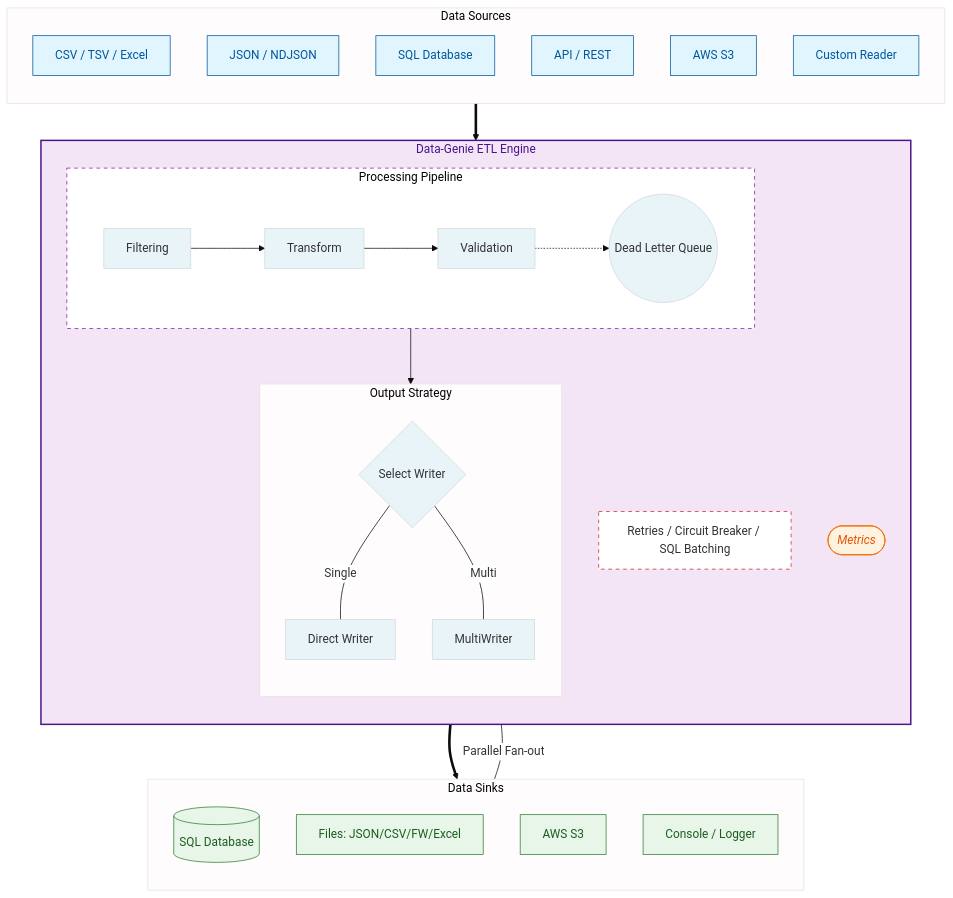
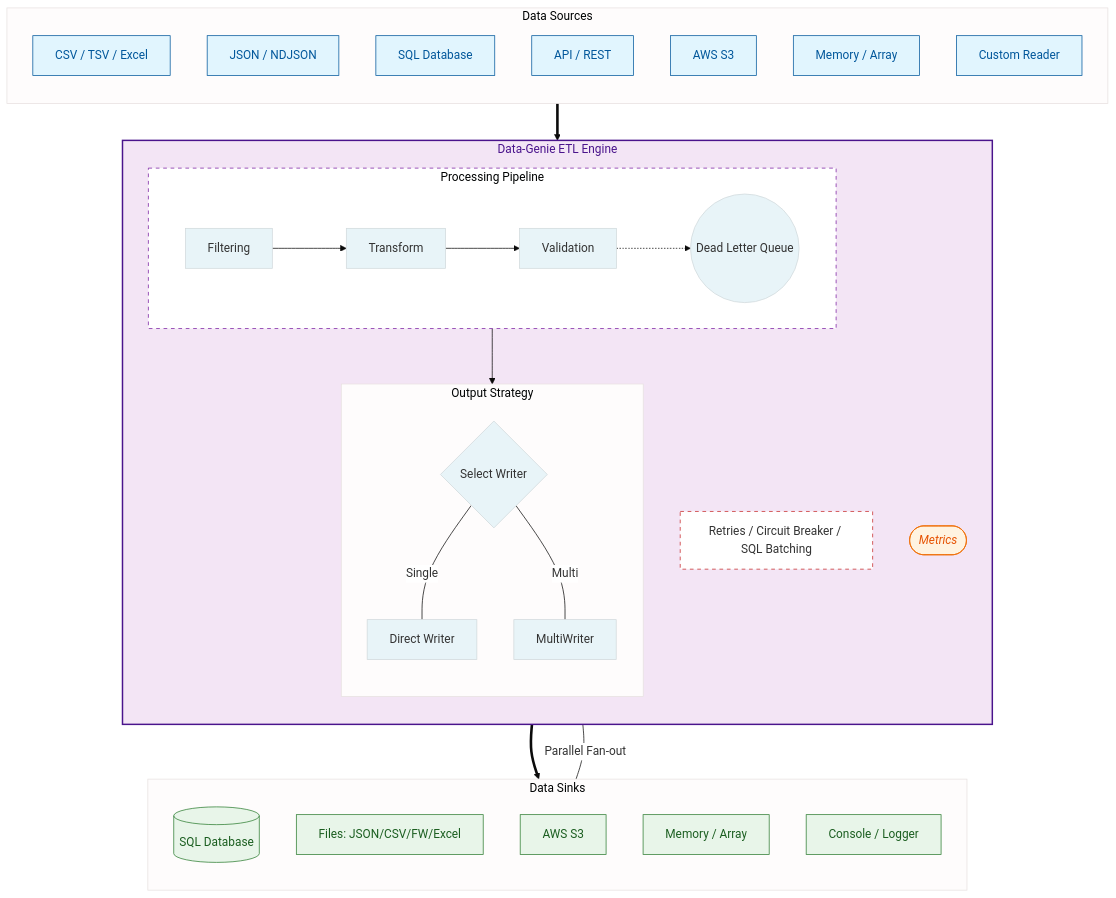
Before and after one commit to pujansrt/data-genie: the diagram in README.md, drawn with Mermaid. The commit also changed other lines of this file and 3 other files, not shown here.

Commit message:
Memory reader and writer for debugging and testing purpose

````diff
--- a/README.md
+++ b/README.md
@@ -12,64 +12,66 @@
 ```mermaid
 %%{init: { 'theme': 'base', 'themeVariables': { 'primaryColor': '#E8F4F8', 'actorBkg': '#D2E4F9', 'edgeLabelBackground':'#ffffff', 'noteBkgColor': '#FDF2D4', 'noteBorderColor': '#F1C40F'}}}%%
 
 graph TD
     %% Data Sources
     subgraph Inputs [Data Sources]
         direction TB
         I1[CSV / TSV / Excel]
         I2[JSON / NDJSON]
         I3[SQL Database]
         I4[API / REST]
         I5[AWS S3]
-        I6[Custom Reader]
+        I6[Memory / Array]
+        I7[Custom Reader]
     end
 
     %% The Engine Core
     subgraph Core [Data-Genie ETL Engine]
         direction TB
         
         subgraph Pipeline [Processing Pipeline]
             direction LR
             F[Filtering] --> T[Transform]
             T --> V[Validation]
             V -.-> DLQ((Dead Letter Queue))
         end
 
         subgraph OutputDist [Output Strategy]
             direction TB
             V --> Choice{Select Writer}
             Choice -- Single --- DW[Direct Writer]
             Choice -- Multi --- MW[MultiWriter]
         end
 
         Reliability[Retries / Circuit Breaker / SQL Batching]
         Metrics([Metrics])
     end
 
     %% Data Sinks
     subgraph Outputs [Data Sinks]
         direction TB
         O1[(SQL Database)]
         O2[Files: JSON/CSV/FW/Excel]
         O3[AWS S3]
-        O4[Console / Logger]
+        O4[Memory / Array]
+        O5[Console / Logger]
     end
 
     %% Main Flow
     Inputs ==> Core
     DW ==> Outputs
     MW -- Parallel Fan-out --- Outputs
 
     %% Color Theme & Styling
     style Core fill:#f3e5f5,stroke:#4a148c,stroke-width:2px,color:#4a148c
     style Pipeline fill:#ffffff,stroke:#7b1fa2,stroke-dasharray: 5 5
     style Reliability fill:#ffffff,stroke:#c62828,stroke-dasharray: 5 5
     
     classDef source fill:#e1f5fe,stroke:#01579b,color:#01579b
     classDef sink fill:#e8f5e9,stroke:#2e7d32,color:#1b5e20
     classDef feature fill:#fff3e0,stroke:#ef6c00,color:#e65100,font-style:italic
     
-    class I1,I2,I3,I4,I5,I6 source
-    class O1,O2,O3,O4 sink
+    class I1,I2,I3,I4,I5,I6,I7 source
+    class O1,O2,O3,O4,O5 sink
     class Metrics feature
 ```
````
